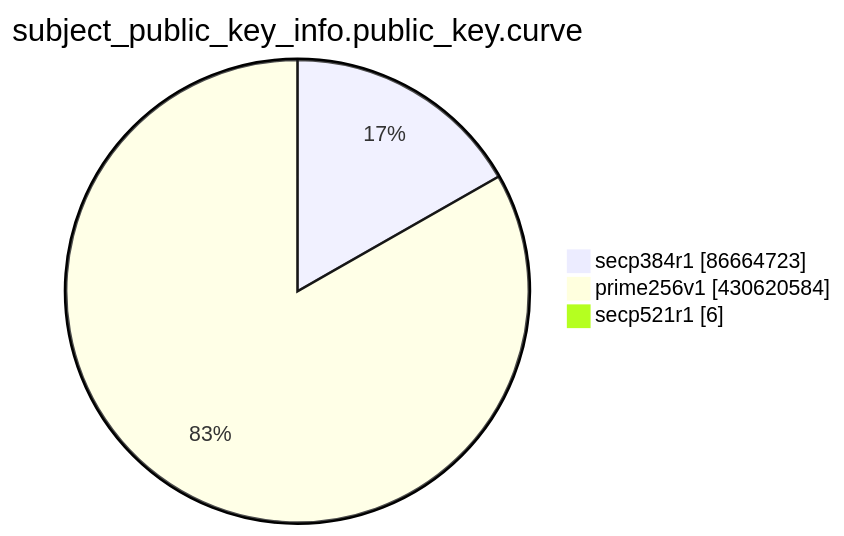
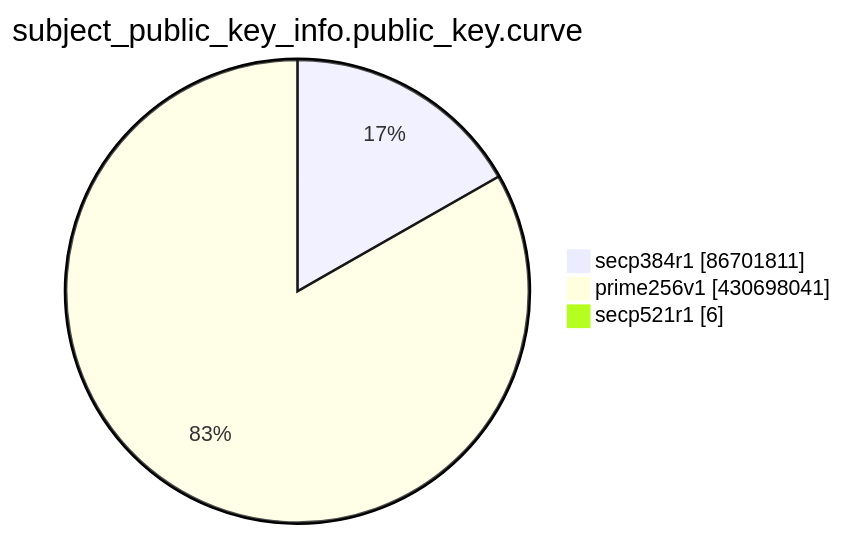
One commit to christiankrug/ctmonitor_visualization changed the eighth of 15 diagrams in TOTAL/README.md. Above: the diagram before and after it, drawn with Mermaid. The commit also changed other lines of this file, not shown here.

````diff
--- a/TOTAL/README.md
+++ b/TOTAL/README.md
@@ -3100,7 +3100,7 @@
 ```mermaid
 pie showData
 title subject_public_key_info.public_key.curve
-"secp384r1" :86664723
-"prime256v1" :430620584
+"secp384r1" :86701811
+"prime256v1" :430698041
 "secp521r1" :6
 ```
````
